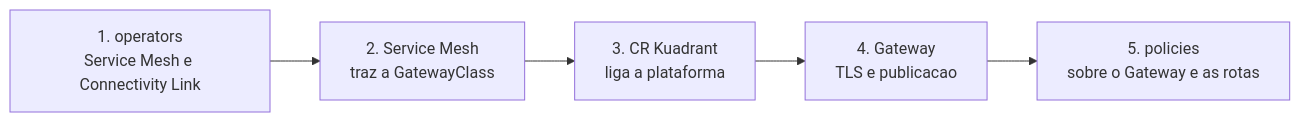
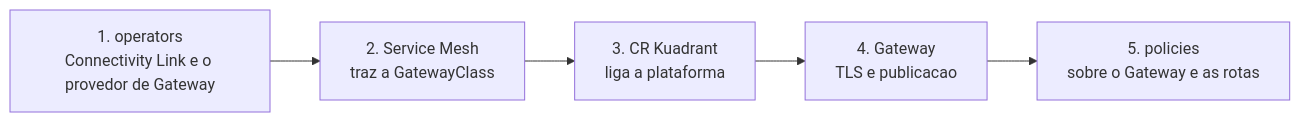
The diagram in content/modules/ROOT/pages/leitura-instalacao.adoc (workshop-tanaka/rhcl-connectivity-workshop), drawn with Mermaid before and after one commit. The commit also changed other lines of this file, not shown here.

First line of the commit message:
leitura: o Service Mesh nao e requisito do Connectivity Link

```diff
--- a/content/modules/ROOT/pages/leitura-instalacao.adoc
+++ b/content/modules/ROOT/pages/leitura-instalacao.adoc
@@ -18,8 +18,8 @@
 [mermaid]
 ....
 flowchart LR
-  A["1. operators<br/>Service Mesh e Connectivity Link"] --> B["2. Service Mesh<br/>traz a GatewayClass"]
+  A["1. operators<br/>Connectivity Link e o provedor de Gateway"] --> B["2. Service Mesh<br/>traz a GatewayClass"]
   B --> C["3. CR Kuadrant<br/>liga a plataforma"]
   C --> D["4. Gateway<br/>TLS e publicacao"]
   D --> E["5. policies<br/>sobre o Gateway e as rotas"]
 ....
```
